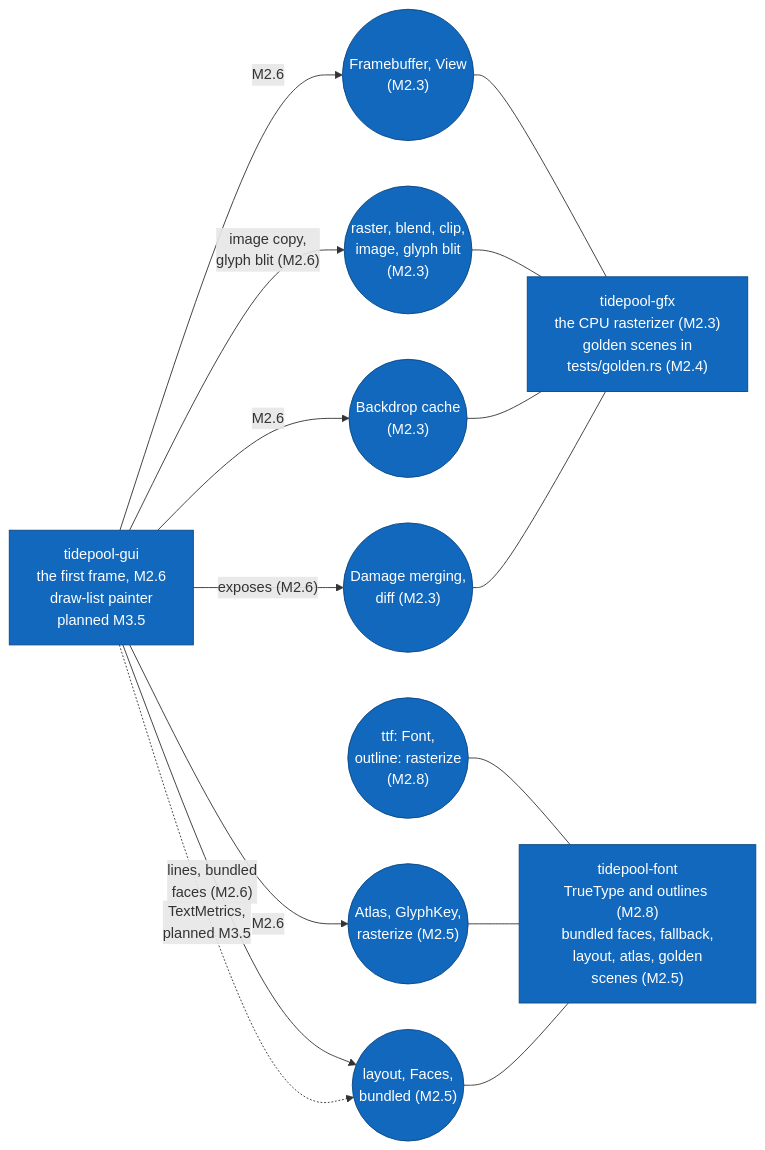
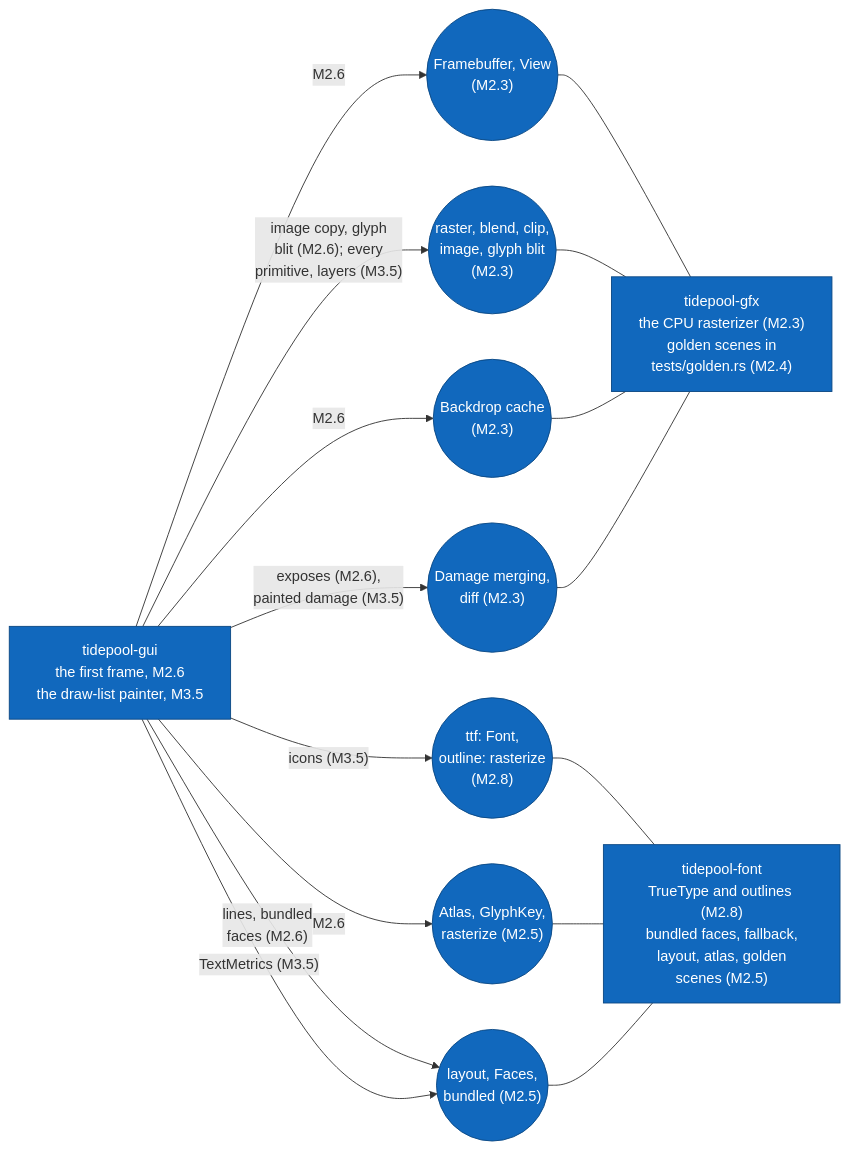
Before and after one commit to jabbott-iii/Tidepool: the tenth of 21 diagrams in diagrams/component-diagrams.md, drawn with Mermaid. The commit also changed other lines of this file and 51 other files, not shown here.

First line of the commit message:
gui: draw-list painter and ui goldens (M3.5)

````diff
--- a/diagrams/component-diagrams.md
+++ b/diagrams/component-diagrams.md
@@ -581,35 +585,36 @@
 ```mermaid
 flowchart LR
-    c_gui["tidepool-gui<br/>the first frame, M2.6<br/>draw-list painter<br/>planned M3.5"]
+    c_gui["tidepool-gui<br/>the first frame, M2.6<br/>the draw-list painter, M3.5"]
 
     i_fb(("Framebuffer, View<br/>(M2.3)"))
     i_raster(("raster, blend, clip,<br/>image, glyph blit<br/>(M2.3)"))
     i_backdrop(("Backdrop cache<br/>(M2.3)"))
     i_damage(("Damage merging,<br/>diff (M2.3)"))
     c_gfx["tidepool-gfx<br/>the CPU rasterizer (M2.3)<br/>golden scenes in<br/>tests/golden.rs (M2.4)"]
 
     i_ttf(("ttf: Font,<br/>outline: rasterize<br/>(M2.8)"))
     i_atlas(("Atlas, GlyphKey,<br/>rasterize (M2.5)"))
     i_layout(("layout, Faces,<br/>bundled (M2.5)"))
     c_font["tidepool-font<br/>TrueType and outlines (M2.8)<br/>bundled faces, fallback,<br/>layout, atlas, golden<br/>scenes (M2.5)"]
 
     c_gui -->|"M2.6"| i_fb
-    c_gui -->|"image copy,<br/>glyph blit (M2.6)"| i_raster
+    c_gui -->|"image copy, glyph<br/>blit (M2.6); every<br/>primitive, layers (M3.5)"| i_raster
     c_gui -->|"M2.6"| i_backdrop
-    c_gui -->|"exposes (M2.6)"| i_damage
+    c_gui -->|"exposes (M2.6),<br/>painted damage (M3.5)"| i_damage
     c_gui -->|"M2.6"| i_atlas
     c_gui -->|"lines, bundled<br/>faces (M2.6)"| i_layout
-    c_gui -.->|"TextMetrics,<br/>planned M3.5"| i_layout
+    c_gui -->|"TextMetrics (M3.5)"| i_layout
+    c_gui -->|"icons (M3.5)"| i_ttf
 
     i_fb --- c_gfx
     i_raster --- c_gfx
     i_backdrop --- c_gfx
     i_damage --- c_gfx
     i_ttf --- c_font
     i_atlas --- c_font
     i_layout --- c_font
 
     classDef built fill:#1168bd,stroke:#0b4884,color:#ffffff
     classDef planned fill:#ffffff,stroke:#888888,stroke-dasharray: 5 5,color:#555555
     class c_gui,c_gfx,i_fb,i_raster,i_backdrop,i_damage,c_font,i_ttf,i_atlas,i_layout built
 ```
````
